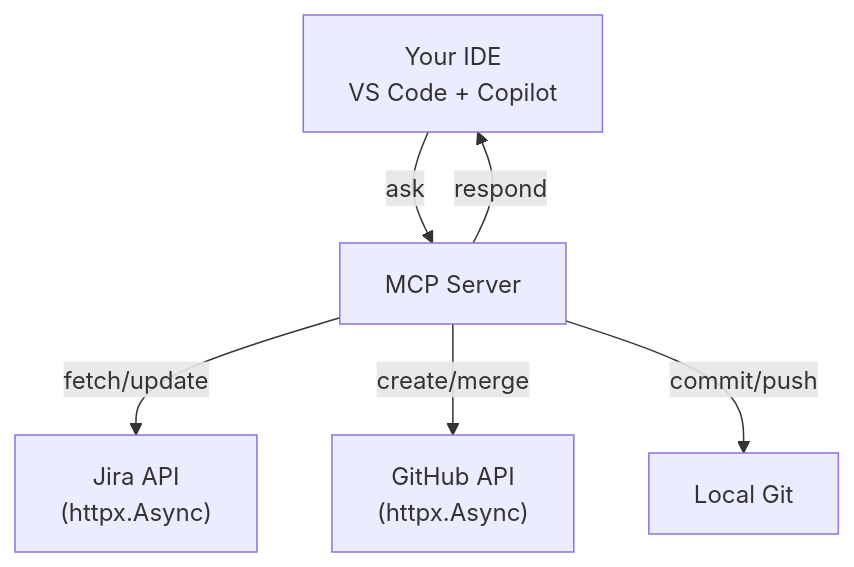
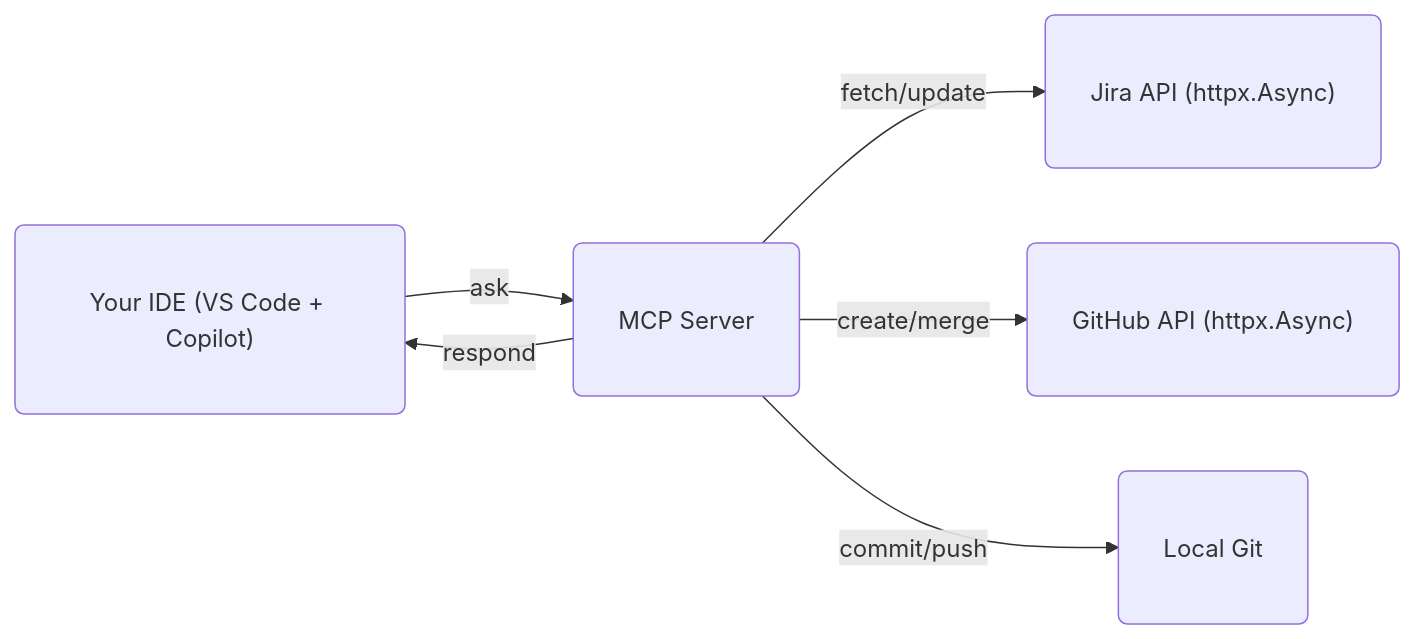
The diagram in README.md (TamarEngel/jira-github-mcp), drawn with Mermaid before and after one commit.

````diff
--- a/README.md
+++ b/README.md
@@ -179,16 +179,18 @@
 ```mermaid
-graph TB
-    IDE["Your IDE<br/>VS Code + Copilot"]
-    MCP["MCP Server"]
-    JIRA["Jira API<br/>(httpx.Async)"]
-    GITHUB["GitHub API<br/>(httpx.Async)"]
-    GIT["Local Git"]
+graph LR
+    IDE["Your IDE (VS Code + Copilot)"]:::wide
+    MCP["MCP Server"]:::wide
+    JIRA["Jira API (httpx.Async)"]:::wide
+    GITHUB["GitHub API (httpx.Async)"]:::wide
+    GIT["Local Git"]:::wide
 
     IDE -->|ask| MCP
     MCP -->|respond| IDE
 
     MCP -->|fetch/update| JIRA
     MCP -->|create/merge| GITHUB
     MCP -->|commit/push| GIT
 
+    classDef wide padding:6px,rx:6,ry:6;
+
 ```
````
